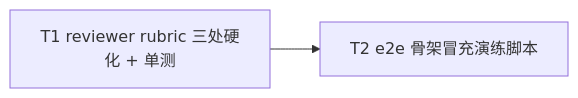
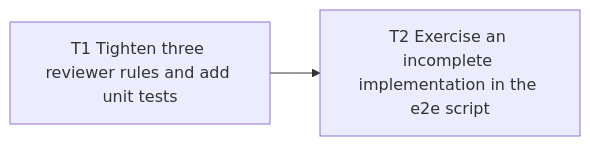
The diagram in docs/specs/0048-anti-design-as-implementation-review.md (Curry09/OpenAgents), drawn with Mermaid before and after one commit. The commit also changed other lines of this file and 461 other files, not shown here.

````diff
--- a/docs/specs/0048-anti-design-as-implementation-review.md
+++ b/docs/specs/0048-anti-design-as-implementation-review.md
@@ -114,4 +114,4 @@
 ```mermaid
 graph LR
-  T1[T1 reviewer rubric 三处硬化 + 单测] --> T2[T2 e2e 骨架冒充演练脚本]
+  T1[T1 Tighten three reviewer rules and add unit tests] --> T2[T2 Exercise an incomplete implementation in the e2e script]
 ```
````
